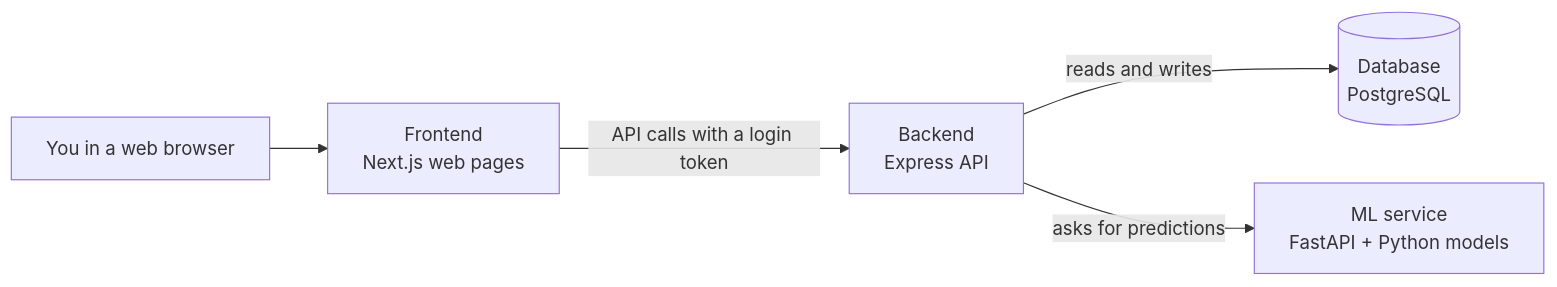
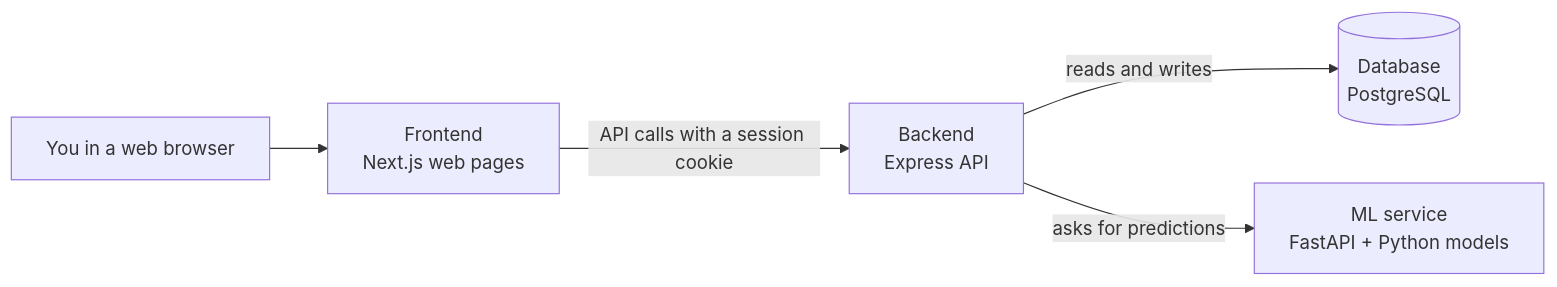
One commit to devA1drin/dataguard-ai changed the diagram in README.md. Above: the diagram before and after it, drawn with Mermaid. The commit also changed other lines of this file and 7 other files, not shown here.

````diff
--- a/README.md
+++ b/README.md
@@ -67,7 +71,7 @@
 ```mermaid
 flowchart LR
   U["You in a web browser"] --> FE["Frontend<br/>Next.js web pages"]
-  FE -- "API calls with a login token" --> BE["Backend<br/>Express API"]
+  FE -- "API calls with a session cookie" --> BE["Backend<br/>Express API"]
   BE -- "reads and writes" --> DB[("Database<br/>PostgreSQL")]
   BE -- "asks for predictions" --> ML["ML service<br/>FastAPI + Python models"]
 ```
````
